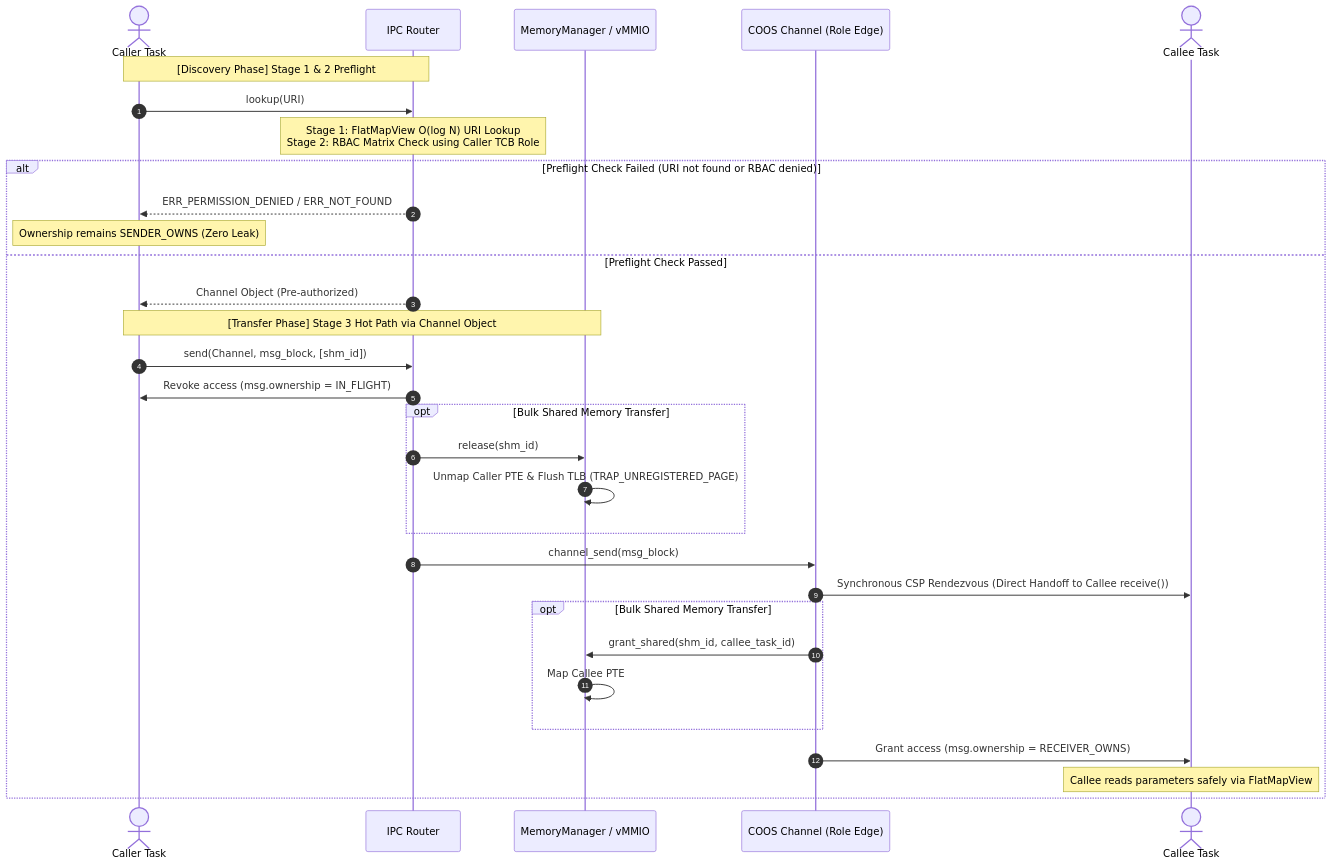
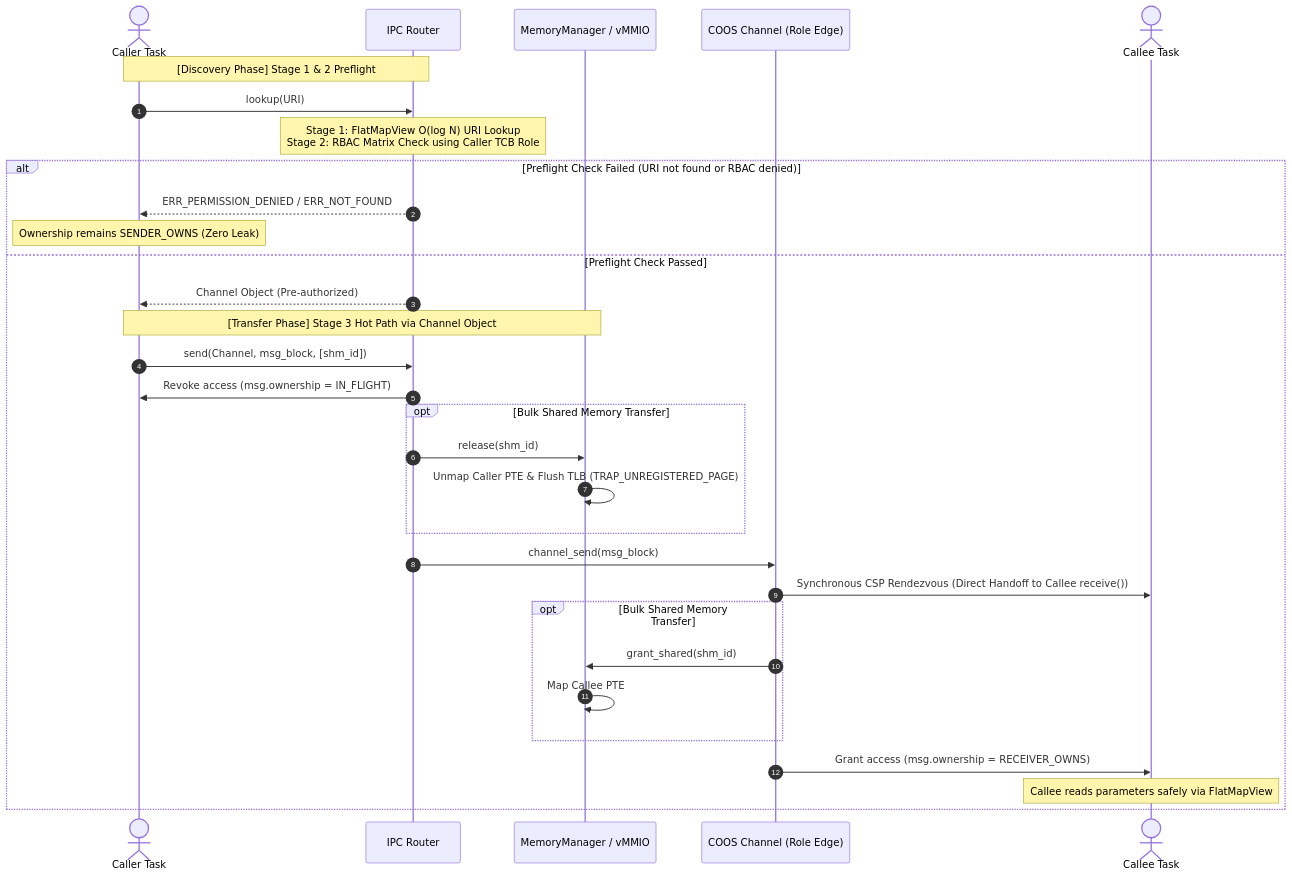
The second of 7 diagrams in docs/components/tier1_interface/ipc_router.md (kmt-t/fireball), drawn with Mermaid before and after one commit. The commit also changed 46 other files, not shown here.

````diff
--- a/docs/components/tier1_interface/ipc_router.md
+++ b/docs/components/tier1_interface/ipc_router.md
@@ -120,35 +120,35 @@
 ```mermaid
 sequenceDiagram
     autonumber
     actor Caller as Caller Task
     participant Router as IPC Router
     participant Mem as MemoryManager / vMMIO
     participant Ch as COOS Channel (Role Edge)
     actor Callee as Callee Task
 
     Note over Caller,Router: [Discovery Phase] Stage 1 & 2 Preflight
     Caller->>Router: lookup(URI)
     Note over Router: Stage 1: FlatMapView O(log N) URI Lookup<br/>Stage 2: RBAC Matrix Check using Caller TCB Role
     alt Preflight Check Failed (URI not found or RBAC denied)
         Router-->>Caller: ERR_PERMISSION_DENIED / ERR_NOT_FOUND
         Note over Caller: Ownership remains SENDER_OWNS (Zero Leak)
     else Preflight Check Passed
         Router-->>Caller: Channel Object (Pre-authorized)
 
         Note over Caller,Mem: [Transfer Phase] Stage 3 Hot Path via Channel Object
         Caller->>Router: send(Channel, msg_block, [shm_id])
         Router->>Caller: Revoke access (msg.ownership = IN_FLIGHT)
         opt Bulk Shared Memory Transfer
             Router->>Mem: release(shm_id)
             Mem->>Mem: Unmap Caller PTE & Flush TLB (TRAP_UNREGISTERED_PAGE)
         end
         Router->>Ch: channel_send(msg_block)
         Ch->>Callee: Synchronous CSP Rendezvous (Direct Handoff to Callee receive())
         opt Bulk Shared Memory Transfer
-            Ch->>Mem: grant_shared(shm_id, callee_task_id)
+            Ch->>Mem: grant_shared(shm_id)
             Mem->>Mem: Map Callee PTE
         end
         Ch->>Callee: Grant access (msg.ownership = RECEIVER_OWNS)
         Note over Callee: Callee reads parameters safely via FlatMapView
     end
 ```
````
